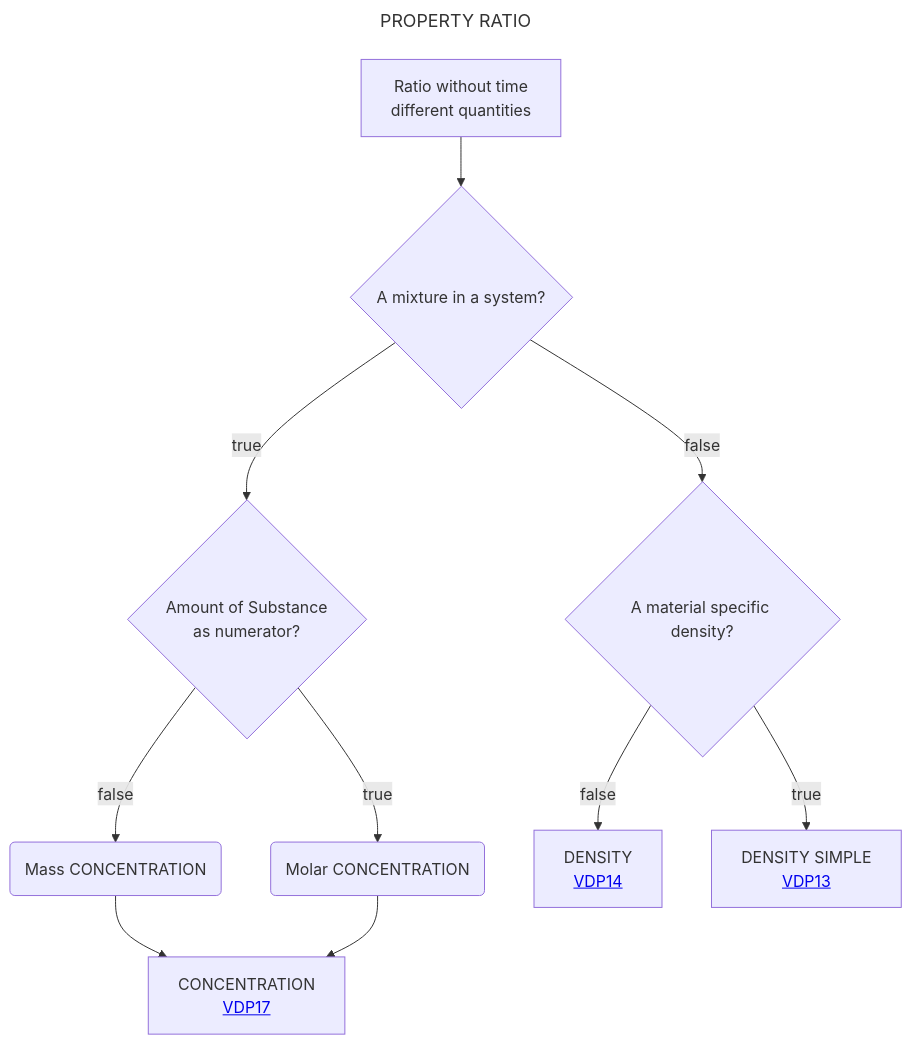
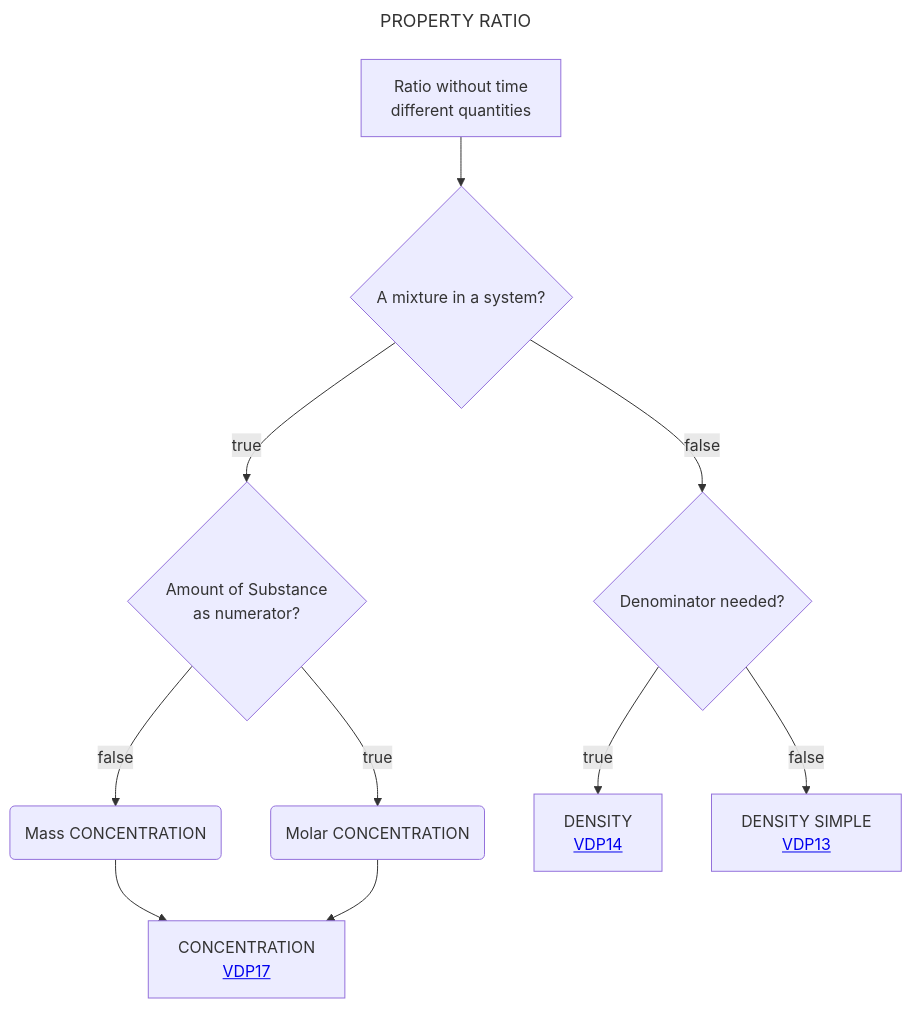
One commit to mabablue/I-ADOPT-patterns-playground changed the diagram in Decisition_trees/DT4.mmd. Above: the diagram before and after it, drawn with Mermaid.

```diff
--- a/Decisition_trees/DT4.mmd
+++ b/Decisition_trees/DT4.mmd
@@ -1,13 +1,13 @@
 ---
 title: PROPERTY RATIO
 ---
 flowchart TD
     A[Ratio without time <br> different quantities] --> P{A mixture in a system?}
     P --> |true|Q{Amount of Substance <br> as numerator?}
     Q --> |true|R(Molar CONCENTRATION)
     Q --> |false|S(Mass CONCENTRATION)
-    P --> |false|U{A material specific density?}
+    P --> |false|U{Denominator needed?}
     S --> T[CONCENTRATION <br> <a href='https://github.com/mabablue/I-ADOPT-patterns-playground/blob/main/pattern/VDP17.yaml'>VDP17</a>]
     R --> T
-    U --> |false|V[DENSITY <br> <a href='https://github.com/mabablue/I-ADOPT-patterns-playground/blob/main/pattern/VDP14.yaml'>VDP14</a>]
-    U --> |true|X[DENSITY SIMPLE <br> <a href='https://github.com/mabablue/I-ADOPT-patterns-playground/blob/main/pattern/VDP13.yaml'>VDP13</a>]
+    U --> |true|V[DENSITY <br> <a href='https://github.com/mabablue/I-ADOPT-patterns-playground/blob/main/pattern/VDP14.yaml'>VDP14</a>]
+    U --> |false|X[DENSITY SIMPLE <br> <a href='https://github.com/mabablue/I-ADOPT-patterns-playground/blob/main/pattern/VDP13.yaml'>VDP13</a>]
```
